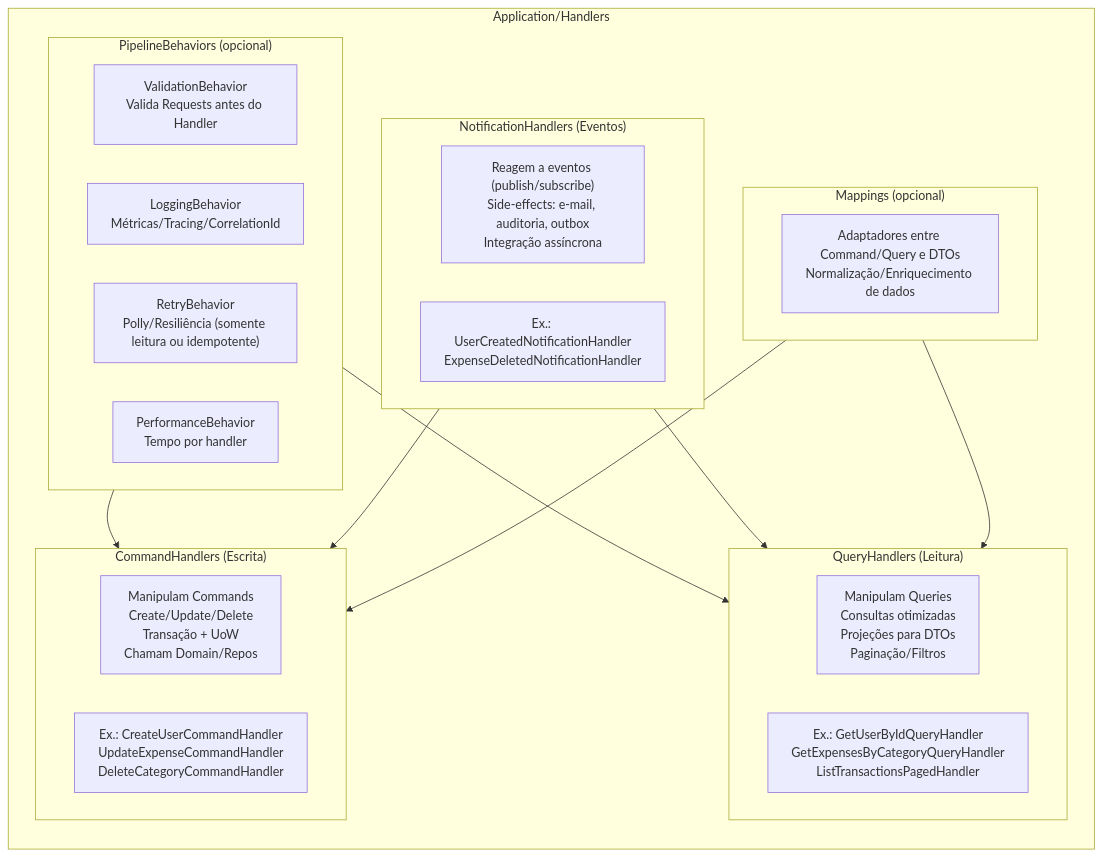
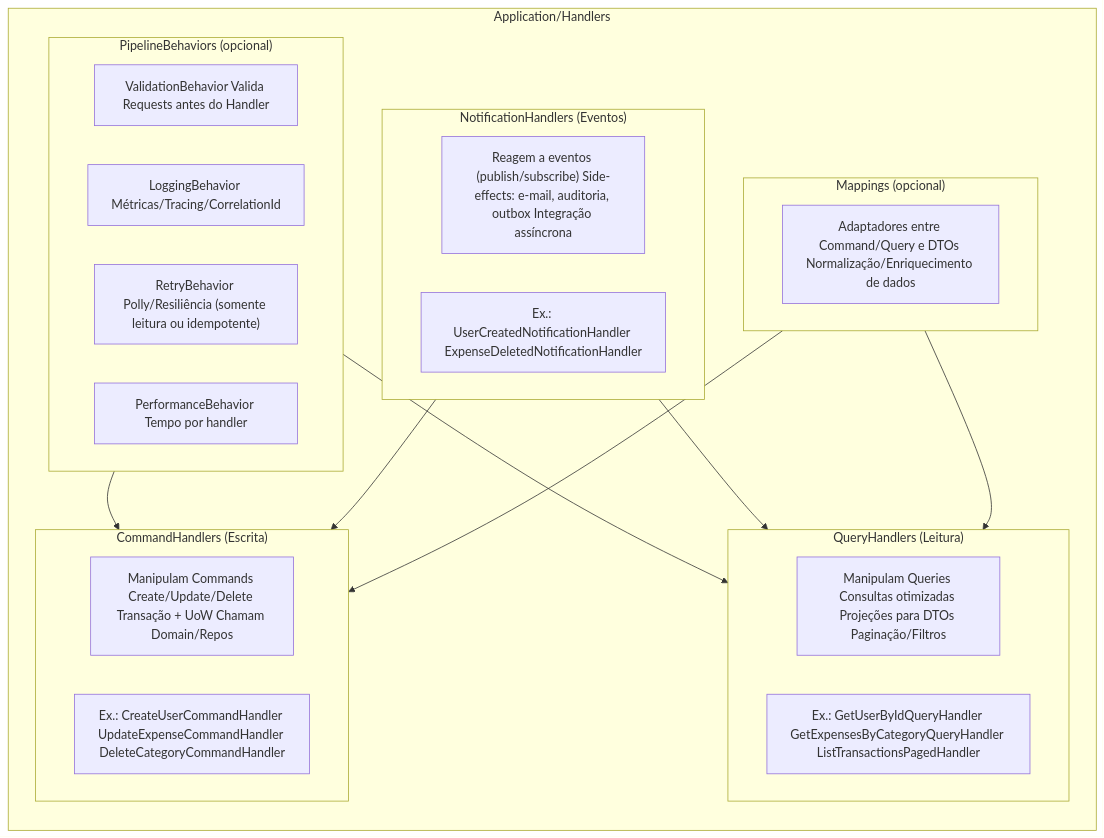
One commit to rodrigofurlaneti/FSI.Authentication.Api.BackEnd changed the ninth of 13 diagrams in README.md. Above: the diagram before and after it, drawn with Mermaid. The commit also changed other lines of this file, not shown here.

````diff
--- a/README.md
+++ b/README.md
@@ -325,45 +325,45 @@
 ```mermaid
 
 %%{init: {"flowchart": {"htmlLabels": false}} }%%
 flowchart TB
 
   subgraph Handlers["Application/Handlers"]
     direction TB
 
     subgraph Commands["CommandHandlers (Escrita)"]
-      C_desc["Manipulam Commands\nCreate/Update/Delete\nTransação + UoW\nChamam Domain/Repos"]
-      C_examples["Ex.: CreateUserCommandHandler\nUpdateExpenseCommandHandler\nDeleteCategoryCommandHandler"]
+      C_desc["Manipulam Commands Create/Update/Delete Transação + UoW Chamam Domain/Repos"]
+      C_examples["Ex.: CreateUserCommandHandler UpdateExpenseCommandHandler DeleteCategoryCommandHandler"]
     end
 
     subgraph Queries["QueryHandlers (Leitura)"]
-      Q_desc["Manipulam Queries\nConsultas otimizadas\nProjeções para DTOs\nPaginação/Filtros"]
-      Q_examples["Ex.: GetUserByIdQueryHandler\nGetExpensesByCategoryQueryHandler\nListTransactionsPagedHandler"]
+      Q_desc["Manipulam Queries Consultas otimizadas Projeções para DTOs Paginação/Filtros"]
+      Q_examples["Ex.: GetUserByIdQueryHandler GetExpensesByCategoryQueryHandler ListTransactionsPagedHandler"]
     end
 
     subgraph Notifications["NotificationHandlers (Eventos)"]
-      N_desc["Reagem a eventos (publish/subscribe)\nSide-effects: e-mail, auditoria, outbox\nIntegração assíncrona"]
-      N_examples["Ex.: UserCreatedNotificationHandler\nExpenseDeletedNotificationHandler"]
+      N_desc["Reagem a eventos (publish/subscribe) Side-effects: e-mail, auditoria, outbox Integração assíncrona"]
+      N_examples["Ex.: UserCreatedNotificationHandler ExpenseDeletedNotificationHandler"]
     end
 
     subgraph Pipeline["PipelineBehaviors (opcional)"]
-      PB_val["ValidationBehavior\nValida Requests antes do Handler"]
-      PB_log["LoggingBehavior\nMétricas/Tracing/CorrelationId"]
-      PB_retry["RetryBehavior\nPolly/Resiliência (somente leitura ou idempotente)"]
-      PB_perf["PerformanceBehavior\nTempo por handler"]
+      PB_val["ValidationBehavior Valida Requests antes do Handler"]
+      PB_log["LoggingBehavior Métricas/Tracing/CorrelationId"]
+      PB_retry["RetryBehavior Polly/Resiliência (somente leitura ou idempotente)"]
+      PB_perf["PerformanceBehavior Tempo por handler"]
     end
 
     subgraph Mappings["Mappings (opcional)"]
-      MP_desc["Adaptadores entre Command/Query e DTOs\nNormalização/Enriquecimento de dados"]
+      MP_desc["Adaptadores entre Command/Query e DTOs Normalização/Enriquecimento de dados"]
     end
   end
 
   %% Relações (opcional)
   Pipeline --> Commands
   Pipeline --> Queries
   Notifications --> Commands
   Notifications --> Queries
   Mappings --> Commands
   Mappings --> Queries
 
 
 ```
````
